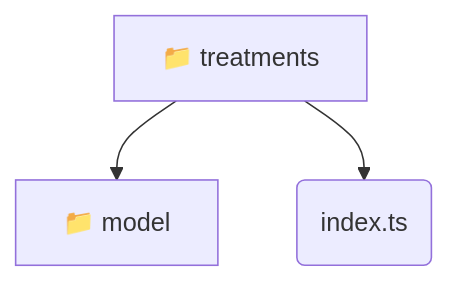
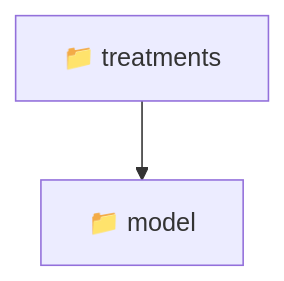
One commit to beginwebdev2002/fullstack-mavluda changed the diagram in frontend/src/features/treatments/README.md. Above: the diagram before and after it, drawn with Mermaid. The commit also changed other lines of this file and 163 other files, not shown here.

````diff
--- a/frontend/src/features/treatments/README.md
+++ b/frontend/src/features/treatments/README.md
@@ -11,6 +10,5 @@
 ```mermaid
 graph TD
-  treatments[📁 treatments]
-  treatments --> treatments_model[📁 model]
-  treatments --> treatments_index_ts(index.ts)
+  Root["📁 treatments"]
+  Root --> model["📁 model"]
 ```
````
